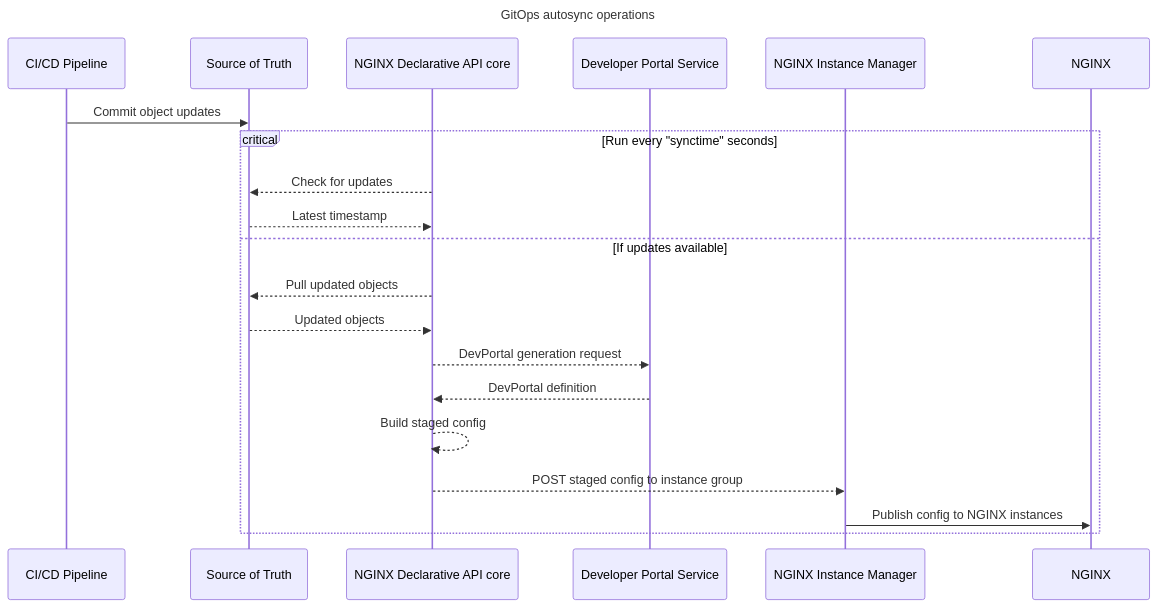
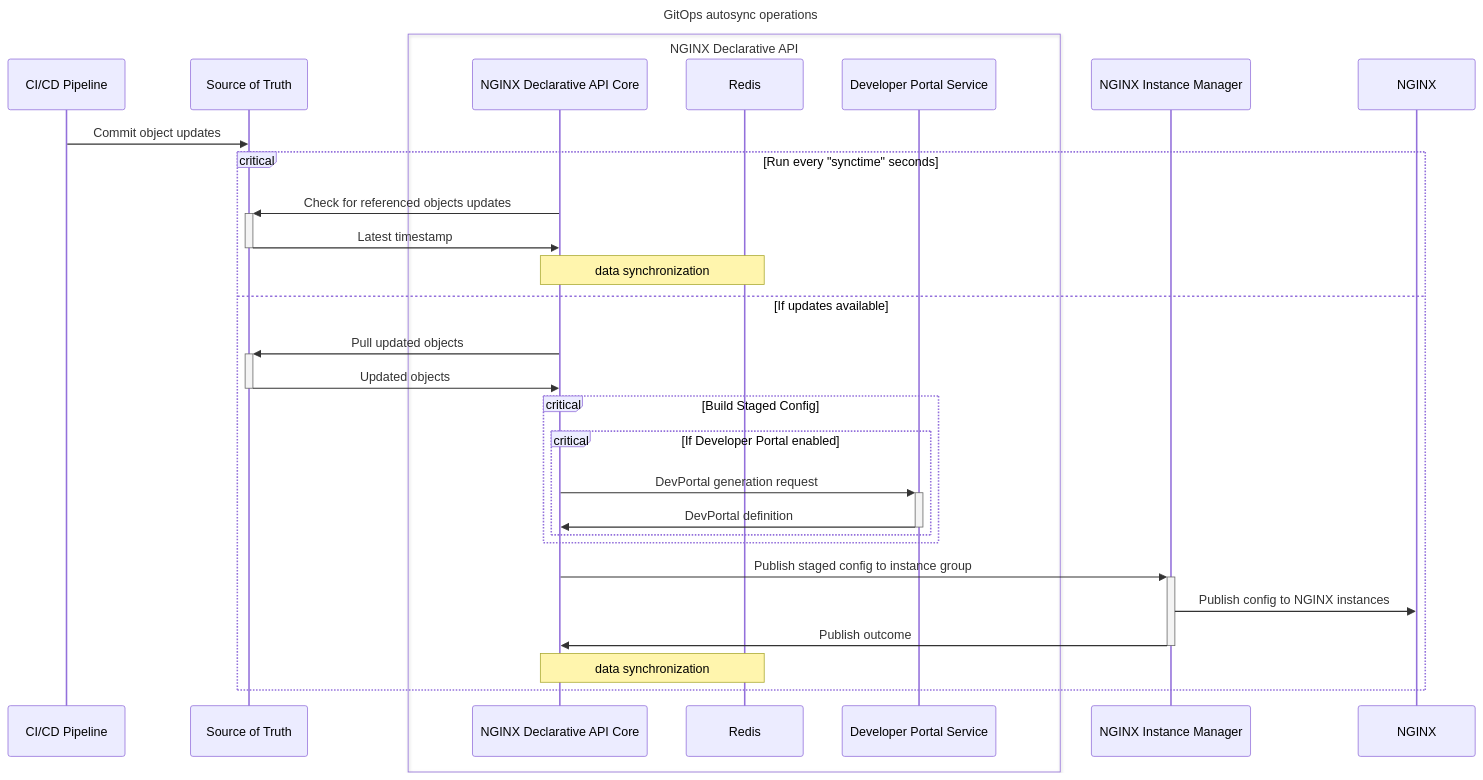
Before and after one commit to f5devcentral/NGINX-Declarative-API: the second of 2 diagrams in README.md, drawn with Mermaid. The commit also changed other lines of this file, not shown here.

Commit message:
README updated

````diff
--- a/README.md
+++ b/README.md
@@ -73,34 +75,47 @@
 ```mermaid
 sequenceDiagram
 
 title GitOps autosync operations
 
 participant CI/CD Pipeline
 participant Source of Truth
-participant NGINX Declarative API core
+participant NGINX Declarative API Core
+participant Redis
 participant Developer Portal Service
 participant NGINX Instance Manager
 participant NGINX
 
+box NGINX Declarative API
+    participant NGINX Declarative API Core
+    participant Developer Portal Service
+    participant Redis
+end
+
 CI/CD Pipeline ->> Source of Truth: Commit object updates
-
 
 critical Run every "synctime" seconds
 
-NGINX Declarative API core -->> Source of Truth: Check for updates
-Source of Truth -->> NGINX Declarative API core: Latest timestamp
+NGINX Declarative API Core ->>+ Source of Truth: Check for referenced objects updates
+Source of Truth ->>- NGINX Declarative API Core: Latest timestamp
+
+Note over NGINX Declarative API Core, Redis: data synchronization
 
 option If updates available
-NGINX Declarative API core -->> Source of Truth: Pull updated objects
-Source of Truth -->> NGINX Declarative API core : Updated objects
+NGINX Declarative API Core ->>+ Source of Truth: Pull updated objects
+Source of Truth ->>- NGINX Declarative API Core : Updated objects
 
-NGINX Declarative API core -->> Developer Portal Service: DevPortal generation request
-Developer Portal Service -->> NGINX Declarative API core: DevPortal definition
+critical Build Staged Config
+critical If Developer Portal enabled
+    NGINX Declarative API Core ->>+ Developer Portal Service: DevPortal generation request
+    Developer Portal Service ->>- NGINX Declarative API Core: DevPortal definition
+end
+end
 
-NGINX Declarative API core -->> NGINX Declarative API core: Build staged config
-NGINX Declarative API core -->> NGINX Instance Manager: POST staged config to instance group
+NGINX Declarative API Core ->>+ NGINX Instance Manager: Publish staged config to instance group
+NGINX Instance Manager ->> NGINX: Publish config to NGINX instances
+NGINX Instance Manager ->>- NGINX Declarative API Core: Publish outcome
 
-NGINX Instance Manager ->> NGINX: Publish config to NGINX instances
+Note over NGINX Declarative API Core, Redis: data synchronization
 
 end
 ```
````
